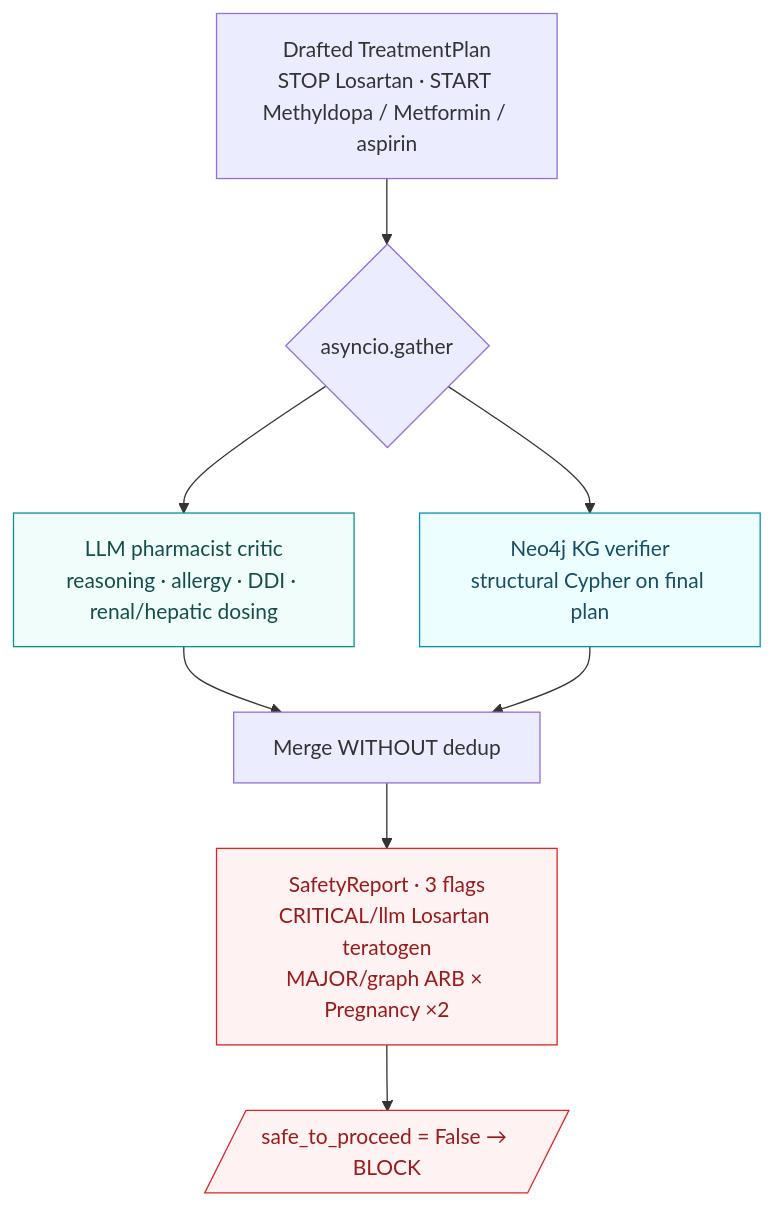
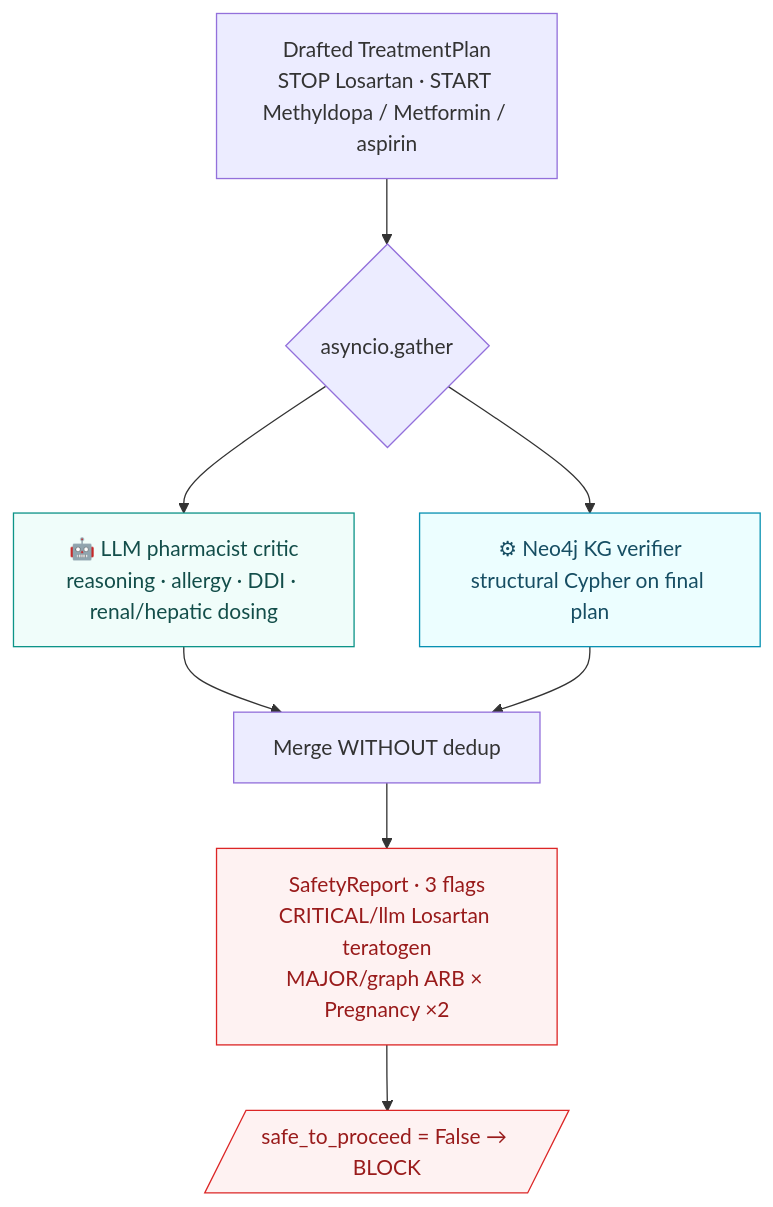
Before and after one commit to itznotpk/CPG-LLM-Agentic-RAG-Knowledge-Graph: the sixth of 8 diagrams in POSTER_LAYOUT.md, drawn with Mermaid. The commit also changed other lines of this file, not shown here.

First line of the commit message:
docs: refine POSTER_LAYOUT moats, SDGs, and architecture diagrams

````diff
--- a/POSTER_LAYOUT.md
+++ b/POSTER_LAYOUT.md
@@ -698,17 +916,17 @@
 ```mermaid
 flowchart TB
     P[Drafted TreatmentPlan<br/>STOP Losartan · START Methyldopa / Metformin / aspirin] --> G{asyncio.gather}
-    G --> L[LLM pharmacist critic<br/>reasoning · allergy · DDI · renal/hepatic dosing]
-    G --> K[Neo4j KG verifier<br/>structural Cypher on final plan]
+    G --> L["🤖 LLM pharmacist critic<br/>reasoning · allergy · DDI · renal/hepatic dosing"]
+    G --> K["⚙ Neo4j KG verifier<br/>structural Cypher on final plan"]
     L --> M[Merge WITHOUT dedup]
     K --> M
     M --> R[SafetyReport · 3 flags<br/>CRITICAL/llm Losartan teratogen<br/>MAJOR/graph ARB × Pregnancy ×2]
     R --> B[/safe_to_proceed = False → BLOCK/]
 
     classDef llm fill:#f0fdfa,stroke:#0d9488,color:#134e4a;
     classDef kg fill:#ecfeff,stroke:#0891b2,color:#164e63;
     classDef block fill:#fef2f2,stroke:#dc2626,color:#991b1b;
     class L llm;
     class K kg;
     class B,R block;
 ```
````
